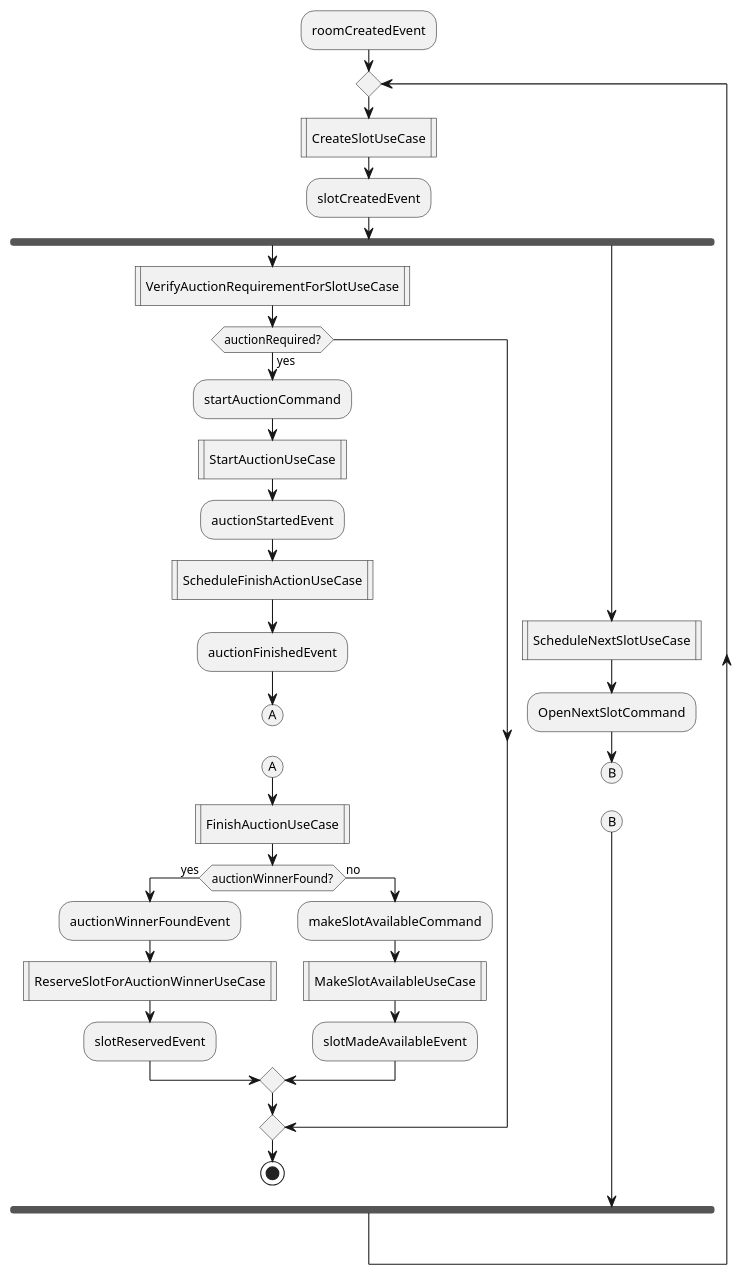
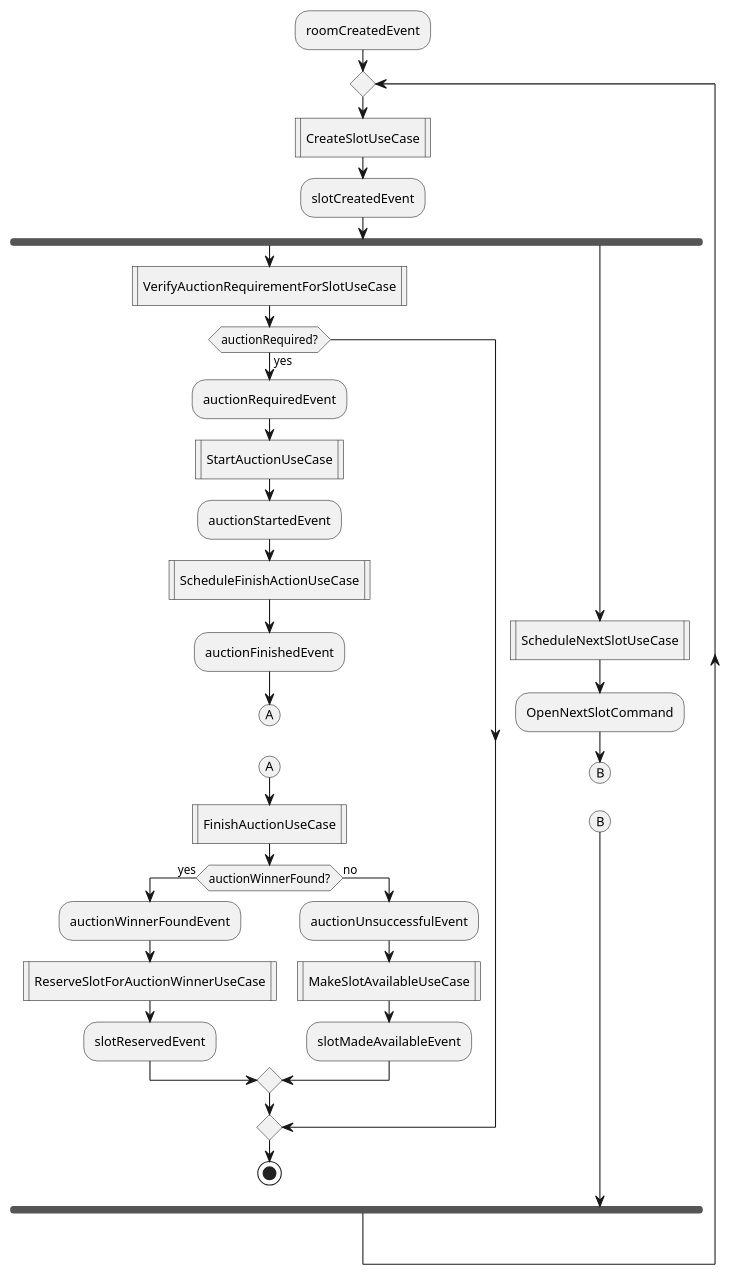
The diagram in docs/slot_creation_event_flow.puml (juanma-cvega/booking-engine), drawn with PlantUML before and after one commit. The commit also changed 61 other files, not shown here.

```diff
--- a/docs/slot_creation_event_flow.puml
+++ b/docs/slot_creation_event_flow.puml
@@ -1,35 +1,35 @@
 @startuml
 :roomCreatedEvent;
 repeat
 :CreateSlotUseCase|
 :slotCreatedEvent;
 fork
   :VerifyAuctionRequirementForSlotUseCase|
   if (auctionRequired?) then (yes)
-    :startAuctionCommand;
+    :auctionRequiredEvent;
     :StartAuctionUseCase|
     :auctionStartedEvent;
     :ScheduleFinishActionUseCase|
     :auctionFinishedEvent;
     (A)
     detach
     (A)
     :FinishAuctionUseCase|
     if (auctionWinnerFound?) then (yes)
       :auctionWinnerFoundEvent;
       :ReserveSlotForAuctionWinnerUseCase|
       :slotReservedEvent;
     else (no)
-      :makeSlotAvailableCommand;
+      :auctionUnsuccessfulEvent;
       :MakeSlotAvailableUseCase|
       :slotMadeAvailableEvent;
     endif
   endif
   stop
 fork again
   :ScheduleNextSlotUseCase|
   :OpenNextSlotCommand;
   (B)
   detach
   (B)
 @enduml
```
